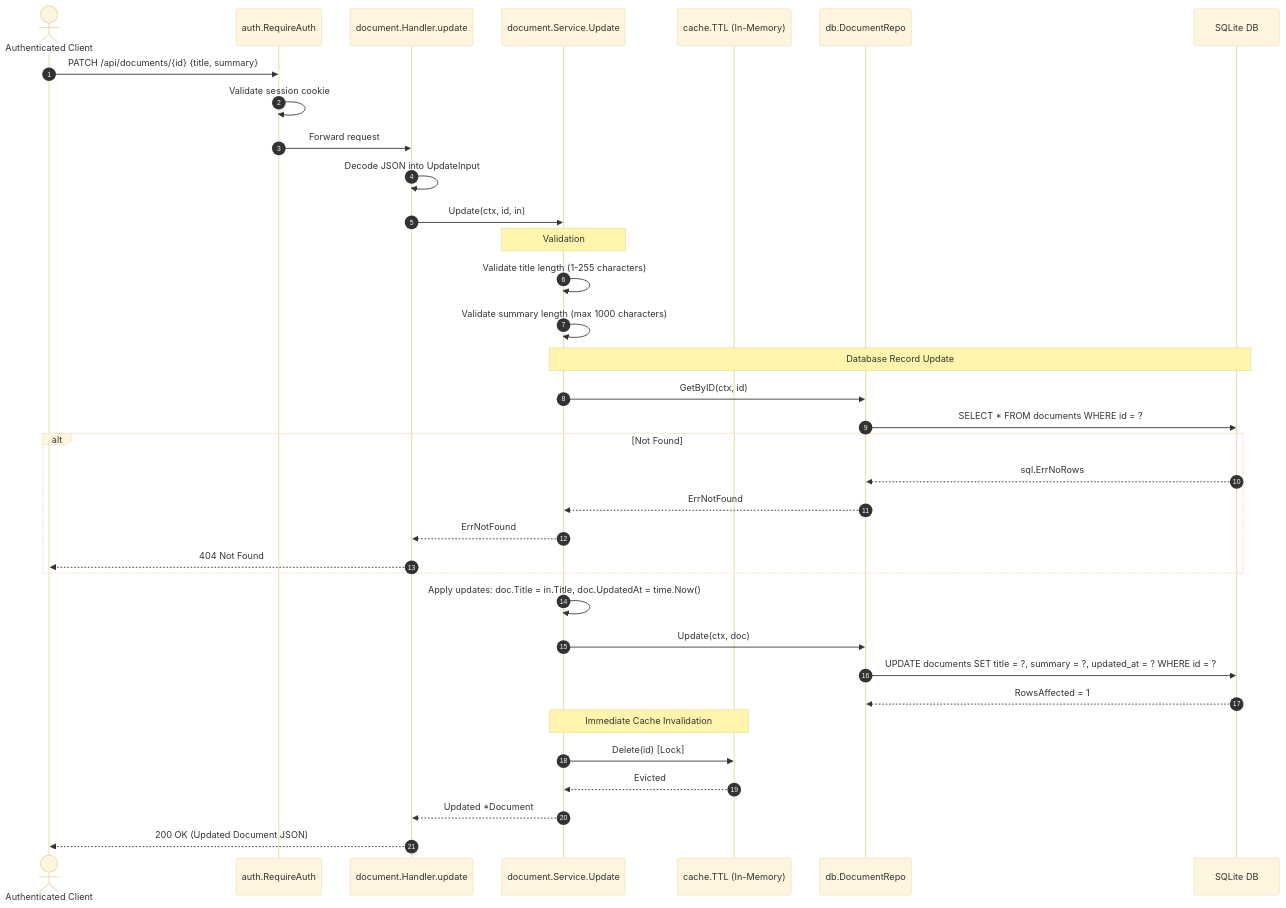
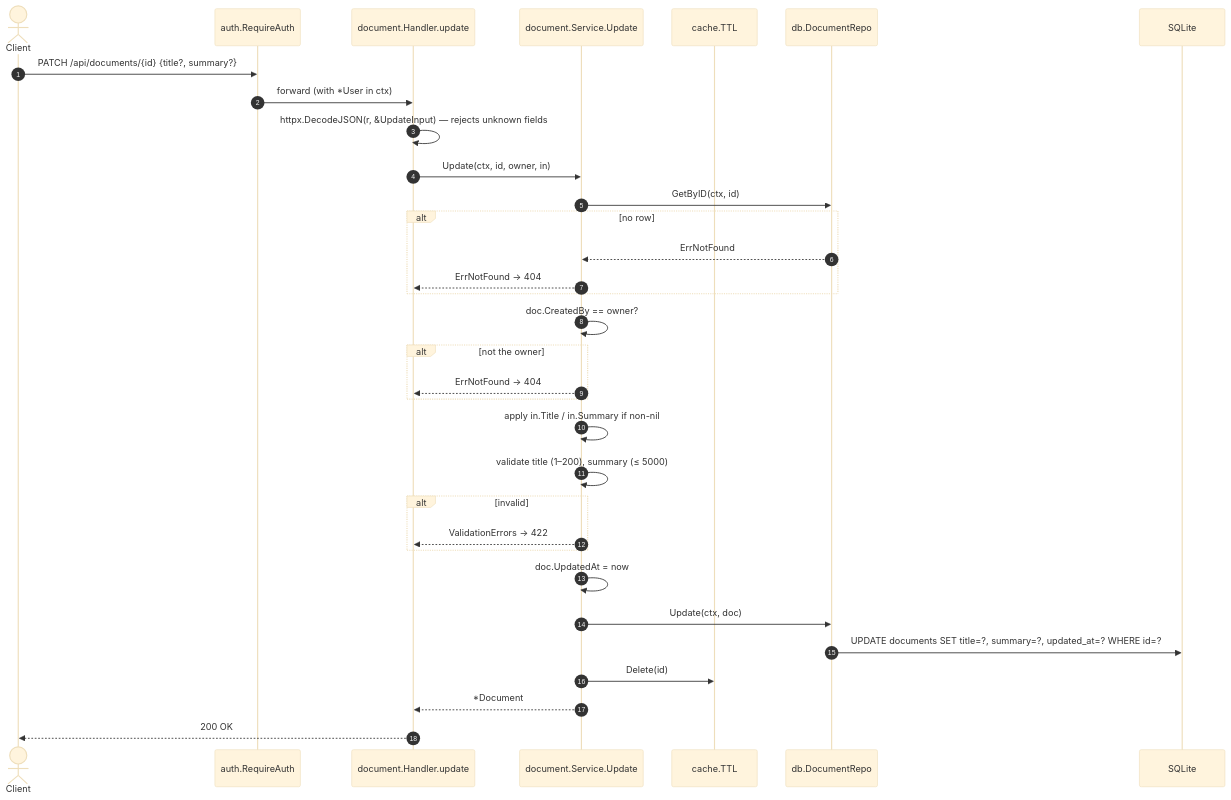
The diagram in resources/flow/document_update.md (nhhthong/godocs), drawn with Mermaid (base theme) before and after one commit. The commit also changed other lines of this file and 28 other files, not shown here.

````diff
--- a/resources/flow/document_update.md
+++ b/resources/flow/document_update.md
@@ -45,44 +48,38 @@
 ```mermaid
 sequenceDiagram
     autonumber
-    actor Client as Authenticated Client
-    participant Auth as auth.RequireAuth
-    participant Handler as document.Handler.update
-    participant Svc as document.Service.Update
-    participant Cache as cache.TTL (In-Memory)
-    participant Repo as db.DocumentRepo
-    participant DB as SQLite DB
+    actor Client
+    participant MW as auth.RequireAuth
+    participant H as document.Handler.update
+    participant S as document.Service.Update
+    participant C as cache.TTL
+    participant R as db.DocumentRepo
+    participant DB as SQLite
 
-    Client->>Auth: PATCH /api/documents/{id} {title, summary}
-    Auth->>Auth: Validate session cookie
-    Auth->>Handler: Forward request
+    Client->>MW: PATCH /api/documents/{id} {title?, summary?}
+    MW->>H: forward (with *User in ctx)
+    H->>H: httpx.DecodeJSON(r, &UpdateInput) — rejects unknown fields
+    H->>S: Update(ctx, id, owner, in)
 
-    Handler->>Handler: Decode JSON into UpdateInput
-    Handler->>Svc: Update(ctx, id, in)
-
-    Note over Svc: Validation
-    Svc->>Svc: Validate title length (1-255 characters)
-    Svc->>Svc: Validate summary length (max 1000 characters)
-
-    Note over Svc,DB: Database Record Update
-    Svc->>Repo: GetByID(ctx, id)
-    Repo->>DB: SELECT * FROM documents WHERE id = ?
-    alt Not Found
-        DB-->>Repo: sql.ErrNoRows
-        Repo-->>Svc: ErrNotFound
-        Svc-->>Handler: ErrNotFound
-        Handler-->>Client: 404 Not Found
+    S->>R: GetByID(ctx, id)
+    alt no row
+        R-->>S: ErrNotFound
+        S-->>H: ErrNotFound → 404
+    end
+    S->>S: doc.CreatedBy == owner?
+    alt not the owner
+        S-->>H: ErrNotFound → 404
     end
 
-    Svc->>Svc: Apply updates: doc.Title = in.Title, doc.UpdatedAt = time.Now()
-    Svc->>Repo: Update(ctx, doc)
-    Repo->>DB: UPDATE documents SET title = ?, summary = ?, updated_at = ? WHERE id = ?
-    DB-->>Repo: RowsAffected = 1
-
-    Note over Svc,Cache: Immediate Cache Invalidation
-    Svc->>Cache: Delete(id) [Lock]
-    Cache-->>Svc: Evicted
-
-    Svc-->>Handler: Updated *Document
-    Handler-->>Client: 200 OK (Updated Document JSON)
+    S->>S: apply in.Title / in.Summary if non-nil
+    S->>S: validate title (1–200), summary (≤ 5000)
+    alt invalid
+        S-->>H: ValidationErrors → 422
+    end
+    S->>S: doc.UpdatedAt = now
+    S->>R: Update(ctx, doc)
+    R->>DB: UPDATE documents SET title=?, summary=?, updated_at=? WHERE id=?
+    S->>C: Delete(id)
+    S-->>H: *Document
+    H-->>Client: 200 OK
 ```
````
